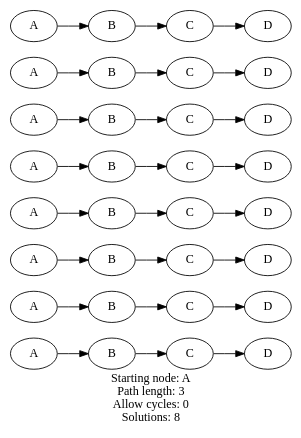
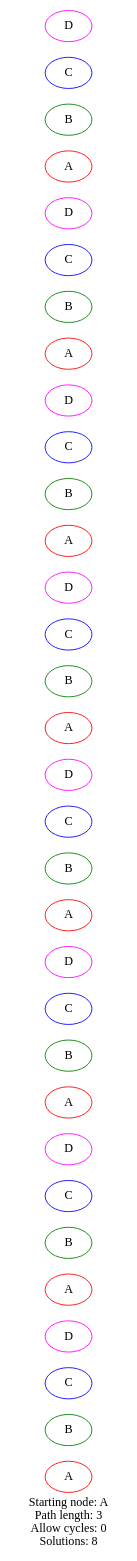
One commit to graphviz-perl/GraphViz2-Marpa-PathUtils changed the diagram in data/03.fixed.paths.out.gv. Above: the diagram before and after it, drawn with Graphviz. The commit also changed 11 other files, not shown here.

```diff
--- a/data/03.fixed.paths.out.gv
+++ b/data/03.fixed.paths.out.gv
@@ -1,45 +1,37 @@
 digraph G
 {
 	graph [label = "Starting node: A\nPath length: 3\nAllow cycles: 0\nSolutions: 8" rankdir = LR]
 
-	"1" [label = "A"]
-	"2" [label = "B"]
-	"3" [label = "C"]
-	"4" [label = "D"]
-	"5" [label = "A"]
-	"6" [label = "B"]
-	"7" [label = "C"]
-	"8" [label = "D"]
-	"9" [label = "A"]
-	"10" [label = "B"]
-	"11" [label = "C"]
-	"12" [label = "D"]
-	"13" [label = "A"]
-	"14" [label = "B"]
-	"15" [label = "C"]
-	"16" [label = "D"]
-	"17" [label = "A"]
-	"18" [label = "B"]
-	"19" [label = "C"]
-	"20" [label = "D"]
-	"21" [label = "A"]
-	"22" [label = "B"]
-	"23" [label = "C"]
-	"24" [label = "D"]
-	"25" [label = "A"]
-	"26" [label = "B"]
-	"27" [label = "C"]
-	"28" [label = "D"]
-	"29" [label = "A"]
-	"30" [label = "B"]
-	"31" [label = "C"]
-	"32" [label = "D"]
-	"1" -> "2" -> "3" -> "4";
-	"5" -> "6" -> "7" -> "8";
-	"9" -> "10" -> "11" -> "12";
-	"13" -> "14" -> "15" -> "16";
-	"17" -> "18" -> "19" -> "20";
-	"21" -> "22" -> "23" -> "24";
-	"25" -> "26" -> "27" -> "28";
-	"29" -> "30" -> "31" -> "32";
+	"1" [color = red label = A name = 1]
+	"2" [color = green label = B name = 2]
+	"3" [color = blue label = C name = 3]
+	"4" [color = magenta label = D name = 4]
+	"5" [color = red label = A name = 5]
+	"6" [color = green label = B name = 6]
+	"7" [color = blue label = C name = 7]
+	"8" [color = magenta label = D name = 8]
+	"9" [color = red label = A name = 9]
+	"10" [color = green label = B name = 10]
+	"11" [color = blue label = C name = 11]
+	"12" [color = magenta label = D name = 12]
+	"13" [color = red label = A name = 13]
+	"14" [color = green label = B name = 14]
+	"15" [color = blue label = C name = 15]
+	"16" [color = magenta label = D name = 16]
+	"17" [color = red label = A name = 17]
+	"18" [color = green label = B name = 18]
+	"19" [color = blue label = C name = 19]
+	"20" [color = magenta label = D name = 20]
+	"21" [color = red label = A name = 21]
+	"22" [color = green label = B name = 22]
+	"23" [color = blue label = C name = 23]
+	"24" [color = magenta label = D name = 24]
+	"25" [color = red label = A name = 25]
+	"26" [color = green label = B name = 26]
+	"27" [color = blue label = C name = 27]
+	"28" [color = magenta label = D name = 28]
+	"29" [color = red label = A name = 29]
+	"30" [color = green label = B name = 30]
+	"31" [color = blue label = C name = 31]
+	"32" [color = magenta label = D name = 32]
 }
```
